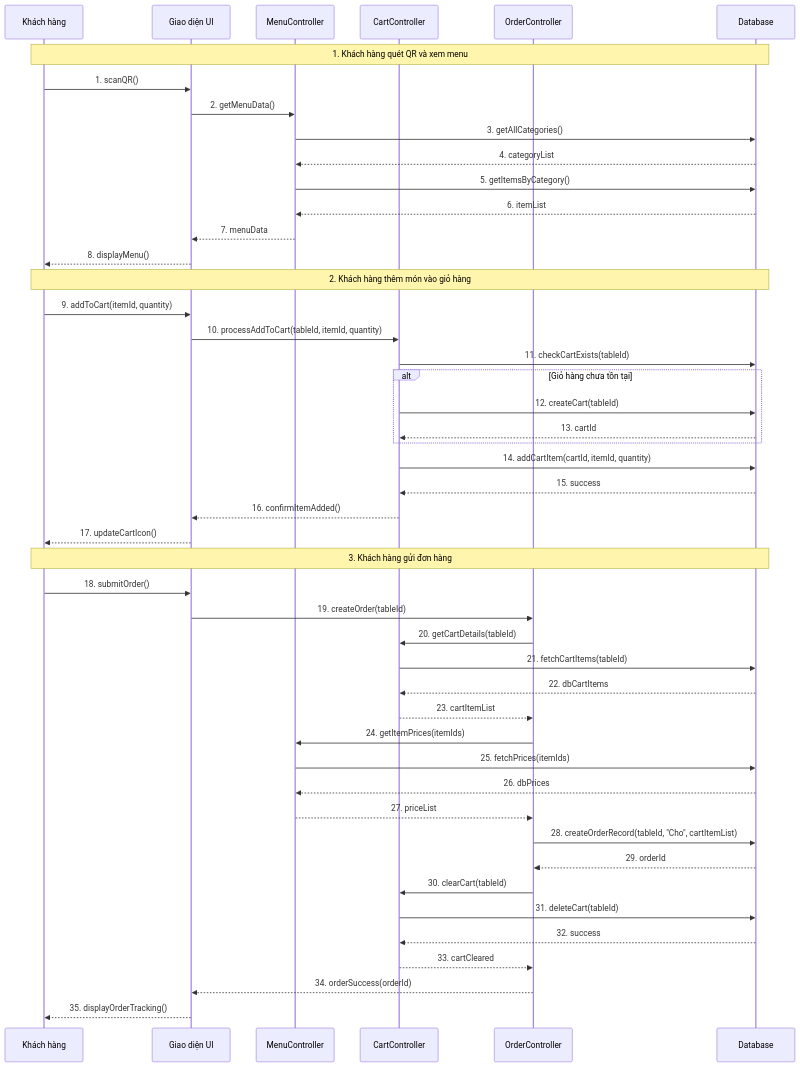
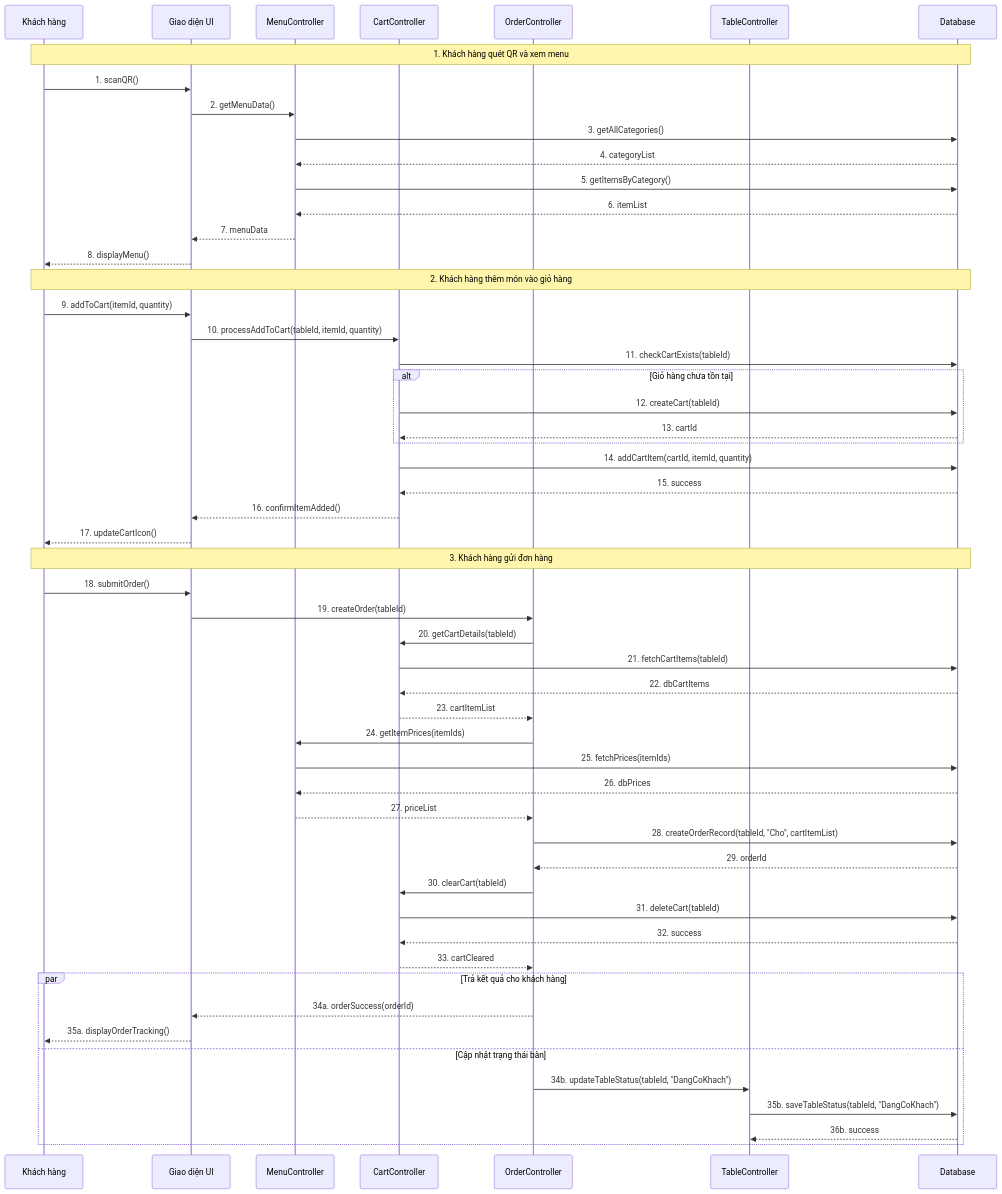
Before and after one commit to tahpnart8/demo-pttkht-Nhom2IT0001: the sixth of 10 diagrams in docs/so-do-he-thong.md, drawn with Mermaid.

Commit message:
thêm cập nhật trnagj thái bàn vào sequence gọi món

````diff
--- a/docs/so-do-he-thong.md
+++ b/docs/so-do-he-thong.md
@@ -221,52 +221,60 @@
 ```mermaid
 sequenceDiagram
     participant KH as Khách hàng
     participant UI as Giao diện UI
     participant MC as MenuController
     participant CC as CartController
     participant OC as OrderController
+    participant TC as TableController
     participant DB as Database
 
     Note over KH,DB: 1. Khách hàng quét QR và xem menu
     KH->>UI: 1. scanQR()
     UI->>MC: 2. getMenuData()
     MC->>DB: 3. getAllCategories()
     DB-->>MC: 4. categoryList
     MC->>DB: 5. getItemsByCategory()
     DB-->>MC: 6. itemList
     MC-->>UI: 7. menuData
     UI-->>KH: 8. displayMenu()
 
     Note over KH,DB: 2. Khách hàng thêm món vào giỏ hàng
     KH->>UI: 9. addToCart(itemId, quantity)
     UI->>CC: 10. processAddToCart(tableId, itemId, quantity)
     CC->>DB: 11. checkCartExists(tableId)
     alt Giỏ hàng chưa tồn tại
         CC->>DB: 12. createCart(tableId)
         DB-->>CC: 13. cartId
     end
     CC->>DB: 14. addCartItem(cartId, itemId, quantity)
     DB-->>CC: 15. success
     CC-->>UI: 16. confirmItemAdded()
     UI-->>KH: 17. updateCartIcon()
 
     Note over KH,DB: 3. Khách hàng gửi đơn hàng
     KH->>UI: 18. submitOrder()
     UI->>OC: 19. createOrder(tableId)
     OC->>CC: 20. getCartDetails(tableId)
     CC->>DB: 21. fetchCartItems(tableId)
     DB-->>CC: 22. dbCartItems
     CC-->>OC: 23. cartItemList
     OC->>MC: 24. getItemPrices(itemIds)
     MC->>DB: 25. fetchPrices(itemIds)
     DB-->>MC: 26. dbPrices
     MC-->>OC: 27. priceList
     OC->>DB: 28. createOrderRecord(tableId, "Cho", cartItemList)
     DB-->>OC: 29. orderId
     OC->>CC: 30. clearCart(tableId)
     CC->>DB: 31. deleteCart(tableId)
     DB-->>CC: 32. success
     CC-->>OC: 33. cartCleared
-    OC-->>UI: 34. orderSuccess(orderId)
-    UI-->>KH: 35. displayOrderTracking()
+    
+    par Trả kết quả cho khách hàng
+        OC-->>UI: 34a. orderSuccess(orderId)
+        UI-->>KH: 35a. displayOrderTracking()
+    and Cập nhật trạng thái bàn
+        OC->>TC: 34b. updateTableStatus(tableId, "DangCoKhach")
+        TC->>DB: 35b. saveTableStatus(tableId, "DangCoKhach")
+        DB-->>TC: 36b. success
+    end
 ```
````
